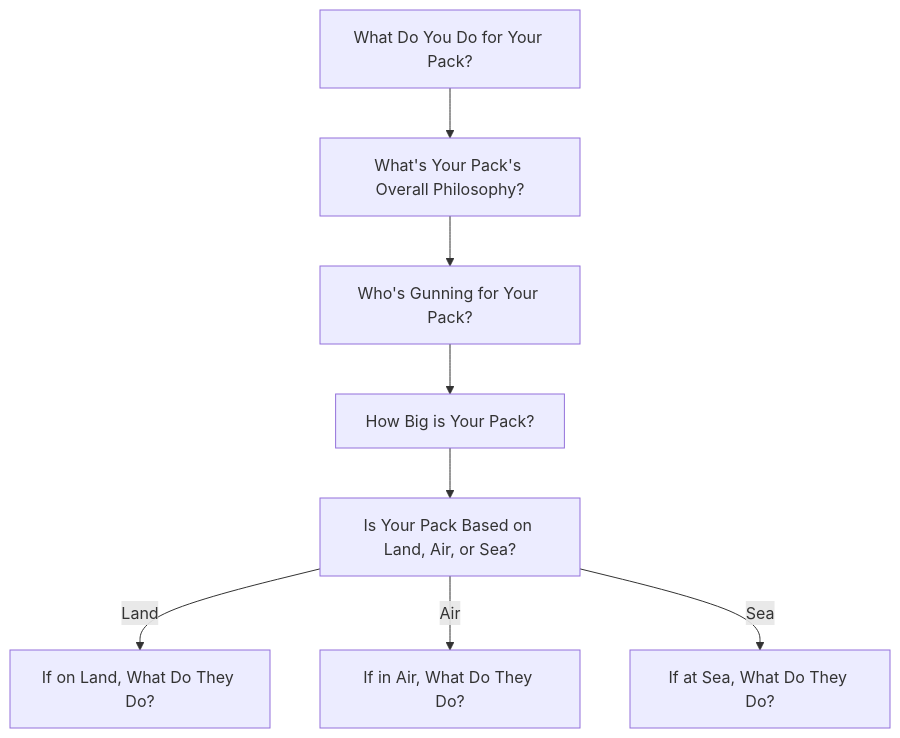
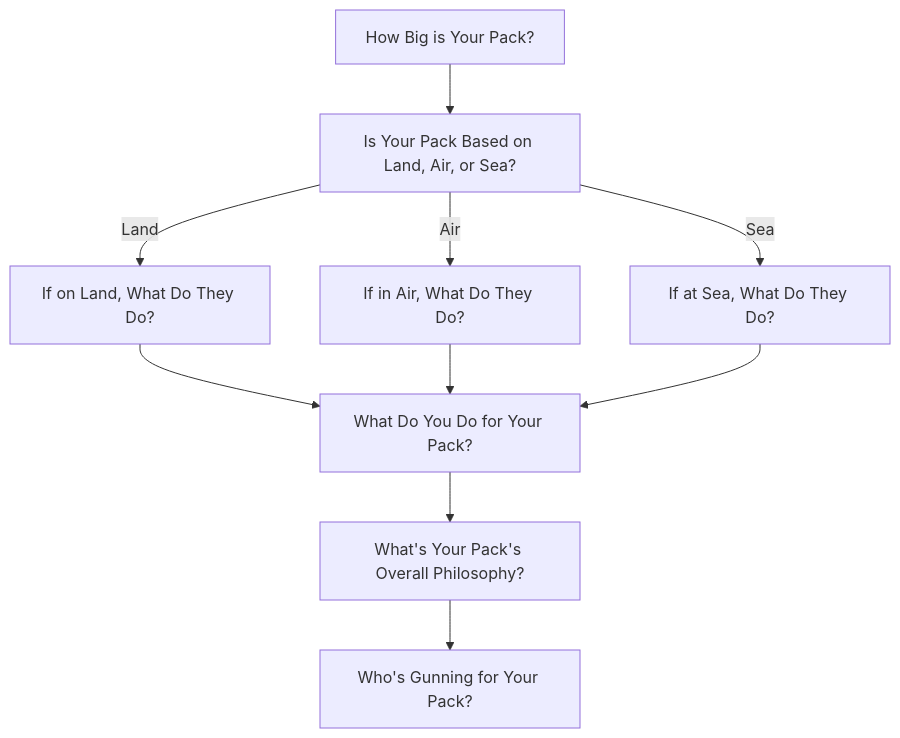
One commit to benserrette/cyberpunk_red_chargen_v2 changed the diagram in docs/lifepaths/role-nomad.mmd. Above: the diagram before and after it, drawn with Mermaid. The commit also changed 8 other files, not shown here.

Commit message:
Corrects lifepath flowcharts.

```diff
--- a/docs/lifepaths/role-nomad.mmd
+++ b/docs/lifepaths/role-nomad.mmd
@@ -1,8 +1,11 @@
 flowchart TD
-    A[What Do You Do for Your Pack?] --> B[What's Your Pack's Overall Philosophy?]
-    B --> C[Who's Gunning for Your Pack?]
-    C --> D[How Big is Your Pack?]
-    D --> E[Is Your Pack Based on Land, Air, or Sea?]
+
+    D[How Big is Your Pack?] --> E[Is Your Pack Based on Land, Air, or Sea?]
     E -->|Land| F[If on Land, What Do They Do?]
     E -->|Air| G[If in Air, What Do They Do?]
     E -->|Sea| H[If at Sea, What Do They Do?]
+    F --> A[What Do You Do for Your Pack?]
+    G --> A
+    H --> A
+    A --> B[What's Your Pack's Overall Philosophy?]
+    B --> C[Who's Gunning for Your Pack?]
```
